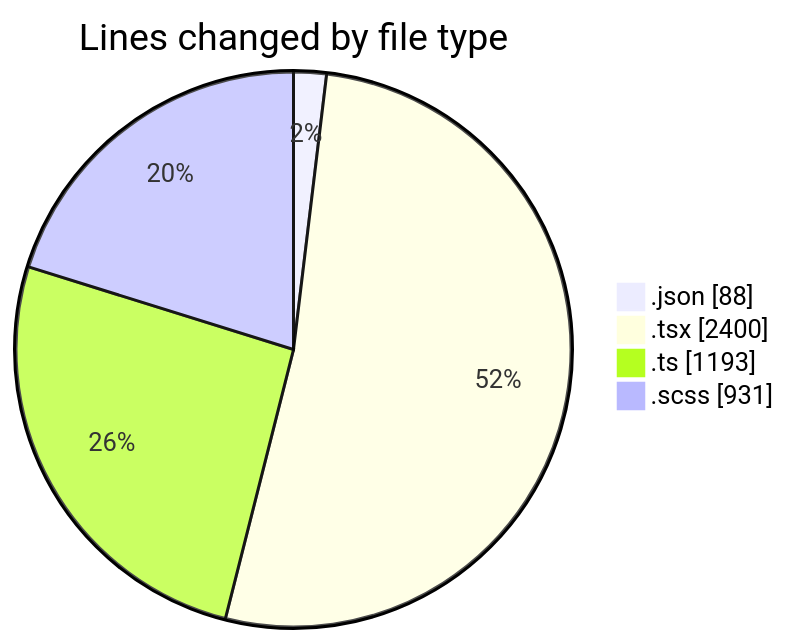
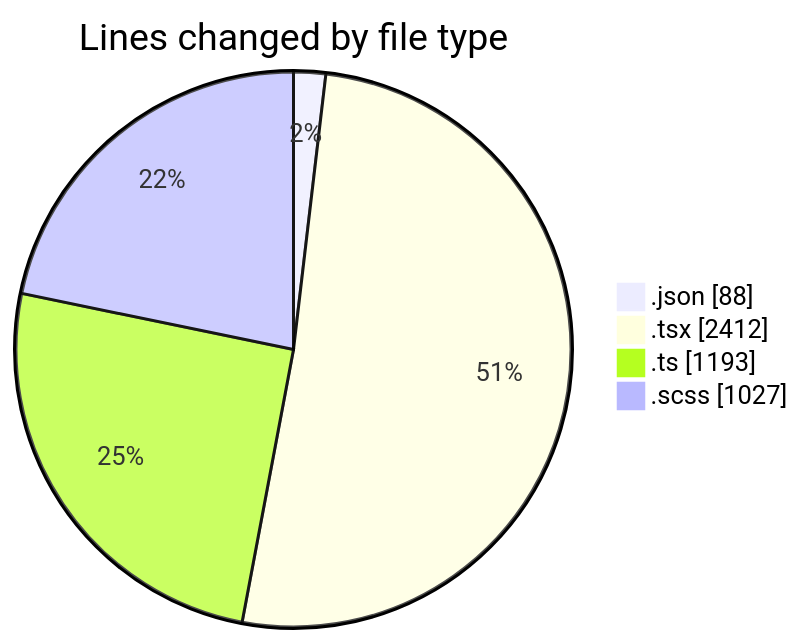
Before and after one commit to momahboobian/code-tracking: the first of 2 diagrams in 2026-10-22/cda/README.md, drawn with Mermaid. The commit also changed other lines of this file and 1 other file, not shown here.

````diff
--- a/2026-10-22/cda/README.md
+++ b/2026-10-22/cda/README.md
@@ -31,8 +31,8 @@
 ```mermaid
 pie showData
 title Lines changed by file type
 ".json" : 88
-".tsx" : 2400
+".tsx" : 2412
 ".ts" : 1193
-".scss" : 931
+".scss" : 1027
 ```
````
